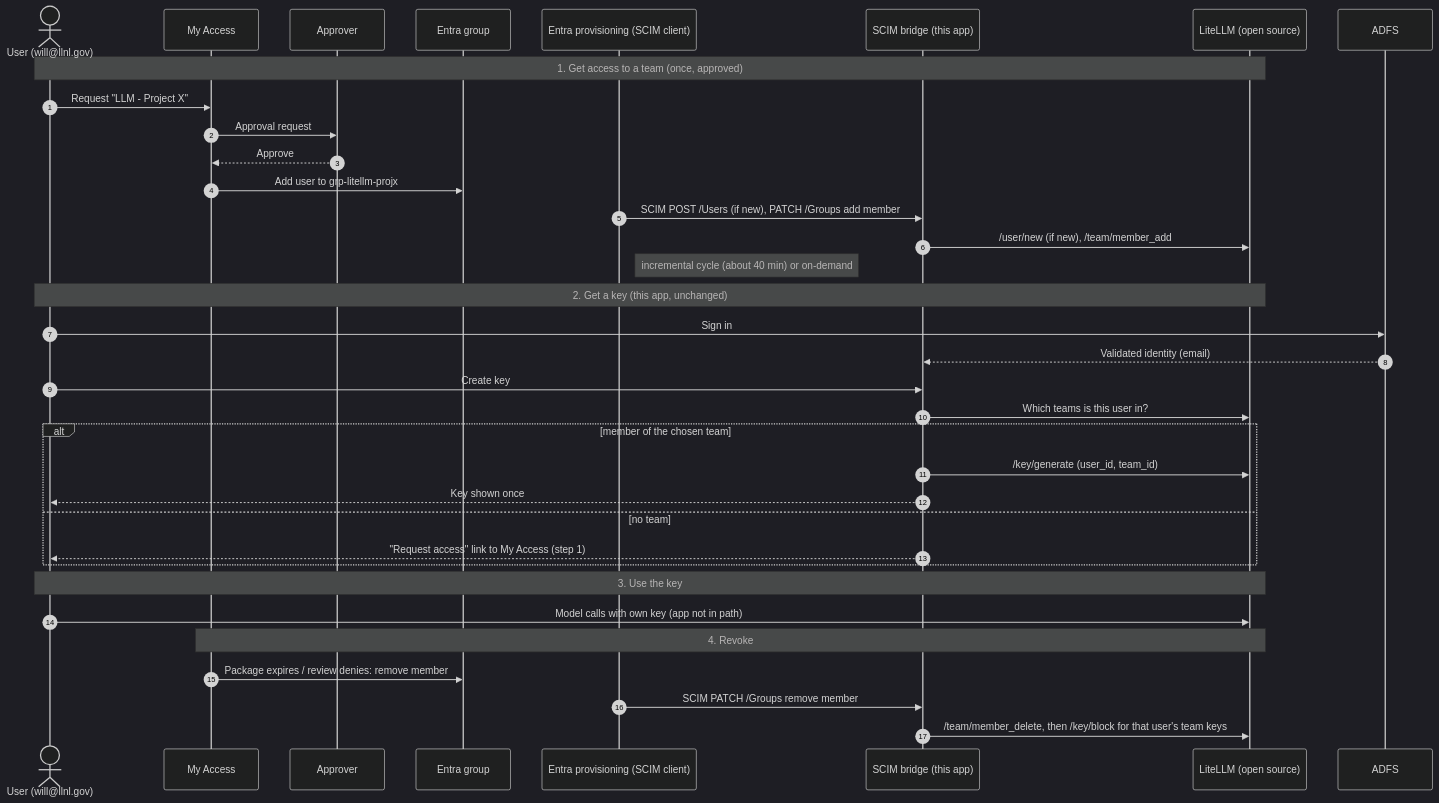
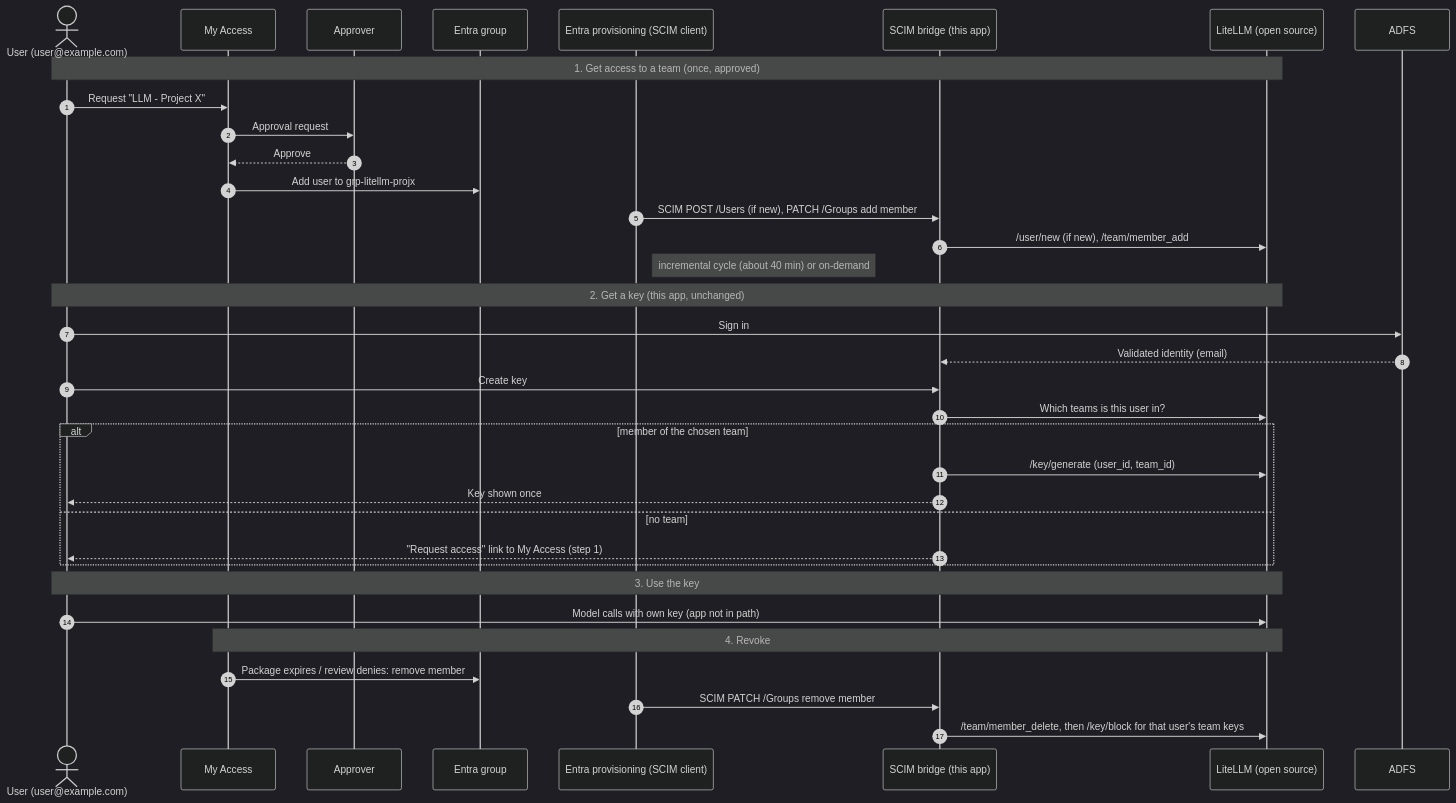
One commit to garland3/signup-app changed the diagram in docs/2026-10-08-entra-access-packages-scim-design.md. Above: the diagram before and after it, drawn with Mermaid (dark theme). The commit also changed other lines of this file and 2 other files, not shown here.

Commit message:
Use a neutral example identity in the SCIM design doc and figure
Replace the organization-specific example user in the design doc's
sequence diagram, its open questions, and the architecture figure with
the generic placeholder user@example.com.

Claude-Session: https://claude.ai/code/session_01Xpq6NfrNXejnoQYZm2FZCq

````diff
--- a/docs/2026-10-08-entra-access-packages-scim-design.md
+++ b/docs/2026-10-08-entra-access-packages-scim-design.md
@@ -72,41 +72,41 @@
 ```mermaid
 sequenceDiagram
     autonumber
-    actor U as User (will@llnl.gov)
+    actor U as User (user@example.com)
     participant MA as My Access
     participant AP as Approver
     participant EG as Entra group
     participant PS as Entra provisioning (SCIM client)
     participant BR as SCIM bridge (this app)
     participant LL as LiteLLM (open source)
     participant ADFS as ADFS
 
     Note over U,LL: 1. Get access to a team (once, approved)
     U->>MA: Request "LLM - Project X"
     MA->>AP: Approval request
     AP-->>MA: Approve
     MA->>EG: Add user to grp-litellm-projx
     PS->>BR: SCIM POST /Users (if new), PATCH /Groups add member
     BR->>LL: /user/new (if new), /team/member_add
     Note right of PS: incremental cycle (about 40 min) or on-demand
 
     Note over U,LL: 2. Get a key (this app, unchanged)
     U->>ADFS: Sign in
     ADFS-->>BR: Validated identity (email)
     U->>BR: Create key
     BR->>LL: Which teams is this user in?
     alt member of the chosen team
         BR->>LL: /key/generate (user_id, team_id)
         BR-->>U: Key shown once
     else no team
         BR-->>U: "Request access" link to My Access (step 1)
     end
 
     Note over U,LL: 3. Use the key
     U->>LL: Model calls with own key (app not in path)
 
     Note over MA,LL: 4. Revoke
     MA->>EG: Package expires / review denies: remove member
     PS->>BR: SCIM PATCH /Groups remove member
     BR->>LL: /team/member_delete, then /key/block for that user's team keys
 ```
````
